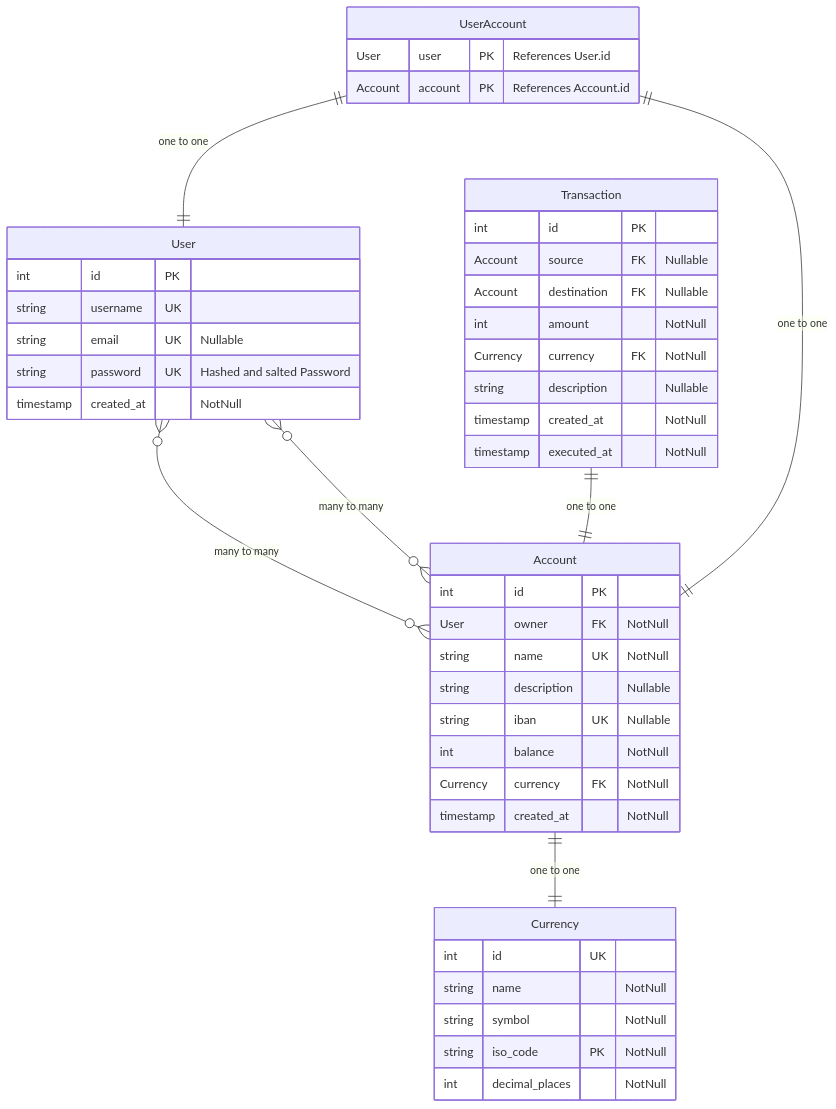
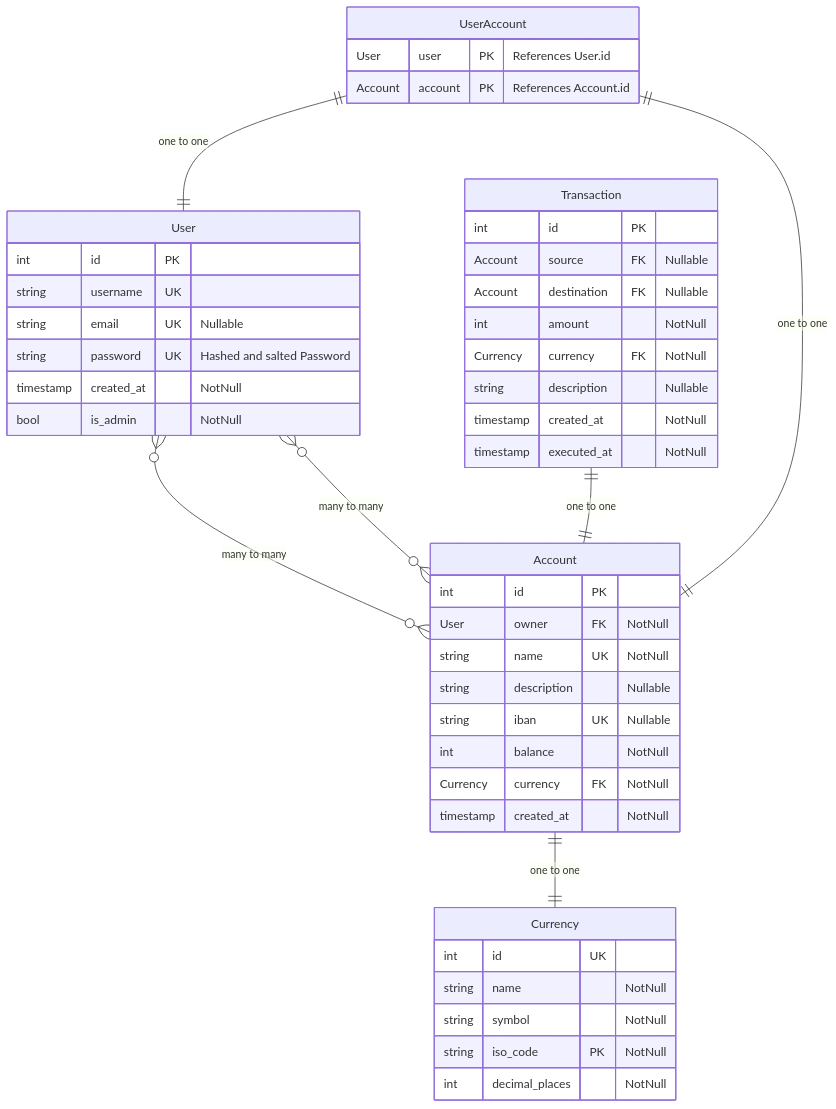
One commit to jt-foss/financrr-app changed the diagram in src/db/README.md. Above: the diagram before and after it, drawn with Mermaid. The commit also changed 1 other file, not shown here.

Commit message:
implemented admin user

````diff
--- a/src/db/README.md
+++ b/src/db/README.md
@@ -5,52 +5,53 @@
 ```mermaid
 
 erDiagram
 	Currency {
 		int id UK
 		string name "NotNull"
 		string symbol "NotNull"
 		string iso_code PK "NotNull"
 		int decimal_places "NotNull"
 	}
 
 	User {
 		int id PK
 		string username UK
 		string email UK "Nullable"
 		string password UK "Hashed and salted Password"
 		timestamp created_at "NotNull"
+		bool is_admin "NotNull"
 	}
 	User }o--o{ Account: "many to many"
 
 	Account {
 		int id PK
 		User owner FK "NotNull"
 		string name UK "NotNull"
 		string description "Nullable"
 		string iban UK "Nullable"
 		int balance "NotNull"
 		Currency currency FK "NotNull"
 		timestamp created_at "NotNull"
 	}
 	Account }o--o{ User: "many to many"
 	Account ||--|| Currency: "one to one"
 
 	UserAccount {
 		User user PK "References User.id"
 		Account account PK "References Account.id"
 	}
 	UserAccount ||--|| User: "one to one"
 	UserAccount ||--|| Account: "one to one"
 
 	Transaction {
 		int id PK
 		Account source FK "Nullable"
 		Account destination FK "Nullable"
 		int amount "NotNull"
 		Currency currency FK "NotNull"
 		string description "Nullable"
 		timestamp created_at "NotNull"
 		timestamp executed_at "NotNull"
 	}
 	Transaction ||--|| Account: "one to one"
 ```
````
